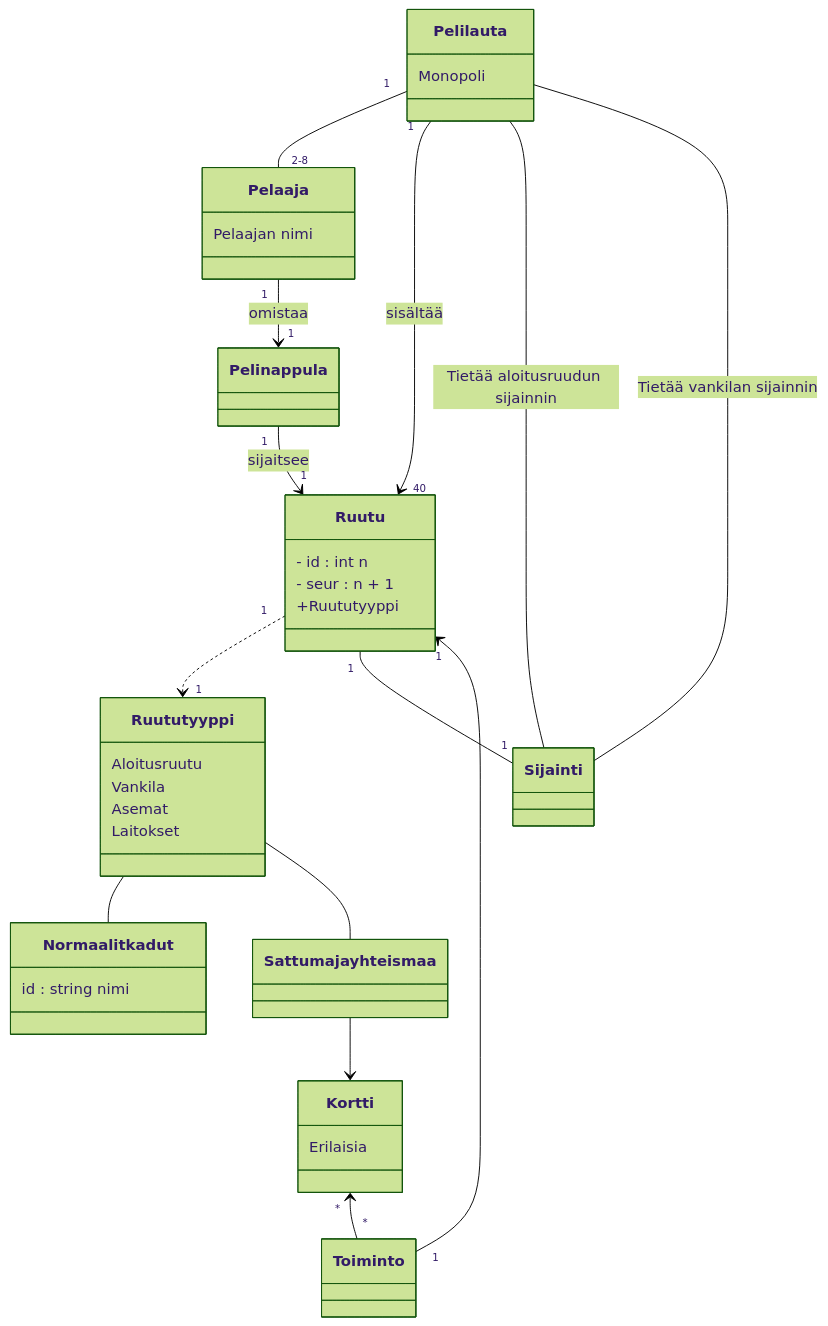
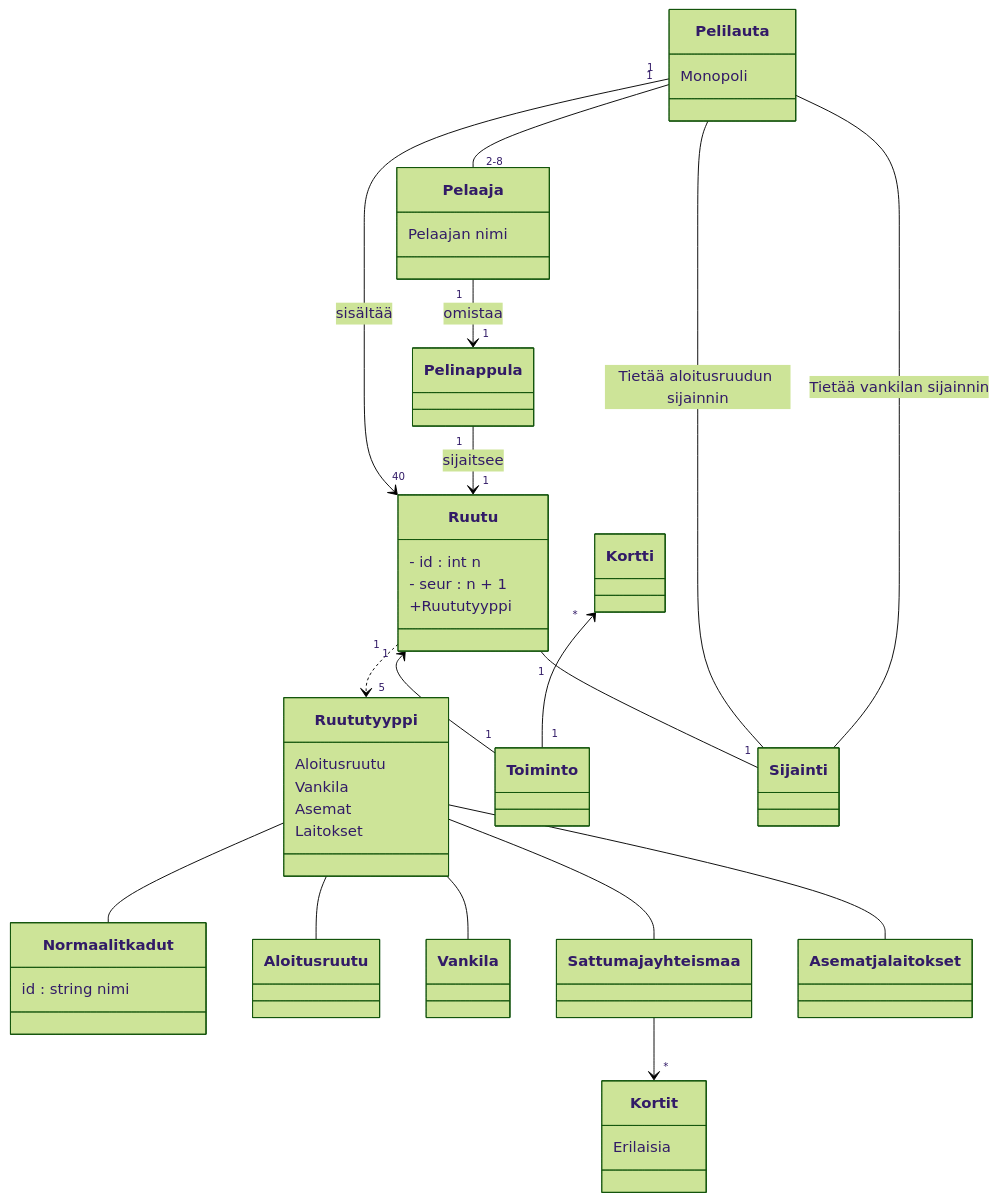
One commit to brotholi/ot-harjoitustyo changed the diagram in laskarit/viikko3/monopoli.md. Above: the diagram before and after it, drawn with Mermaid (forest theme).

````diff
--- a/laskarit/viikko3/monopoli.md
+++ b/laskarit/viikko3/monopoli.md
@@ -1,72 +1,78 @@
 ```mermaid
  classDiagram
     
     
     class Pelaaja {
         Pelaajan nimi
     }
 
     class Pelilauta {
      Monopoli 
     }
     
     
     class Ruutu {
     - id : int n
     - seur : n + 1
      +Ruututyyppi 
     
     }
     
     class Ruututyyppi {
      Aloitusruutu
      Vankila
      Asemat
      Laitokset
    
     }
     
     
 
     class Normaalit kadut {
     id : string nimi
     }
          
     class Pelinappula {
     }
     
     class Toiminto {
     
     }
     
-    class Kortti {
+    class Kortit {
     Erilaisia
     
     }
     
 
     Pelilauta "1" -- "2-8" Pelaaja
 
     Pelaaja "1" --> "1" Pelinappula : omistaa
     Pelilauta "1" --> "40" Ruutu : sisältää
     Pelinappula "1" --> "1" Ruutu : sijaitsee
 
-    Ruutu "1" ..> "1" Ruututyyppi 
+    Ruutu "1" ..> "5" Ruututyyppi 
+    
+    Ruututyyppi -- Aloitusruutu
+    Ruututyyppi -- Vankila
+    Ruututyyppi -- Sattuma ja yhteismaa
+    Ruututyyppi -- Asemat ja laitokset
     Ruututyyppi -- Normaalit kadut
-    Ruututyyppi -- Sattuma ja yhteismaa
-    Sattuma ja yhteismaa --> Kortti
+
+
+    Sattuma ja yhteismaa --> "*" Kortit
     
     Ruutu "1" -- "1" Sijainti
     
     Pelilauta -- Sijainti : Tietää aloitusruudun sijainnin
     Pelilauta -- Sijainti : Tietää vankilan sijainnin
     
     Ruutu "1" <-- "1" Toiminto
     
-    Kortti "*" <-- "*" Toiminto
+    Kortti "*" <-- "1" Toiminto
     
     
 
 
     
 ```
````
